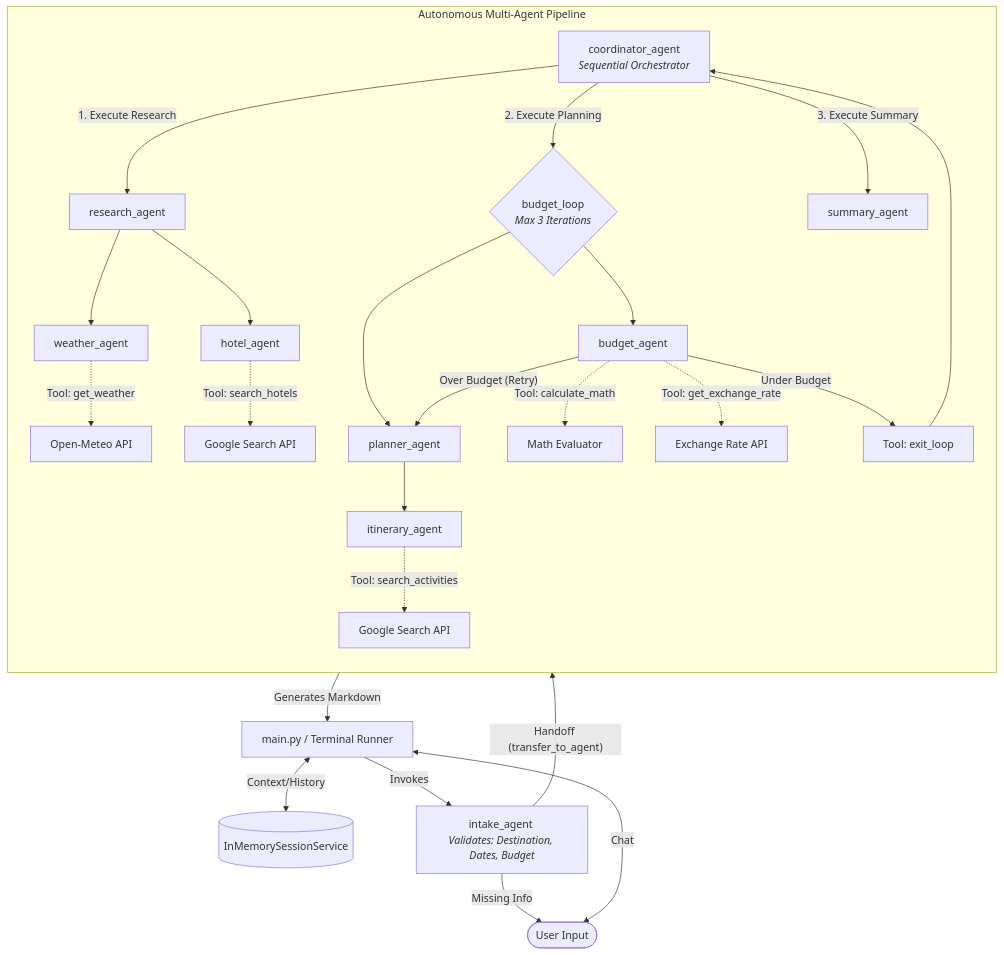
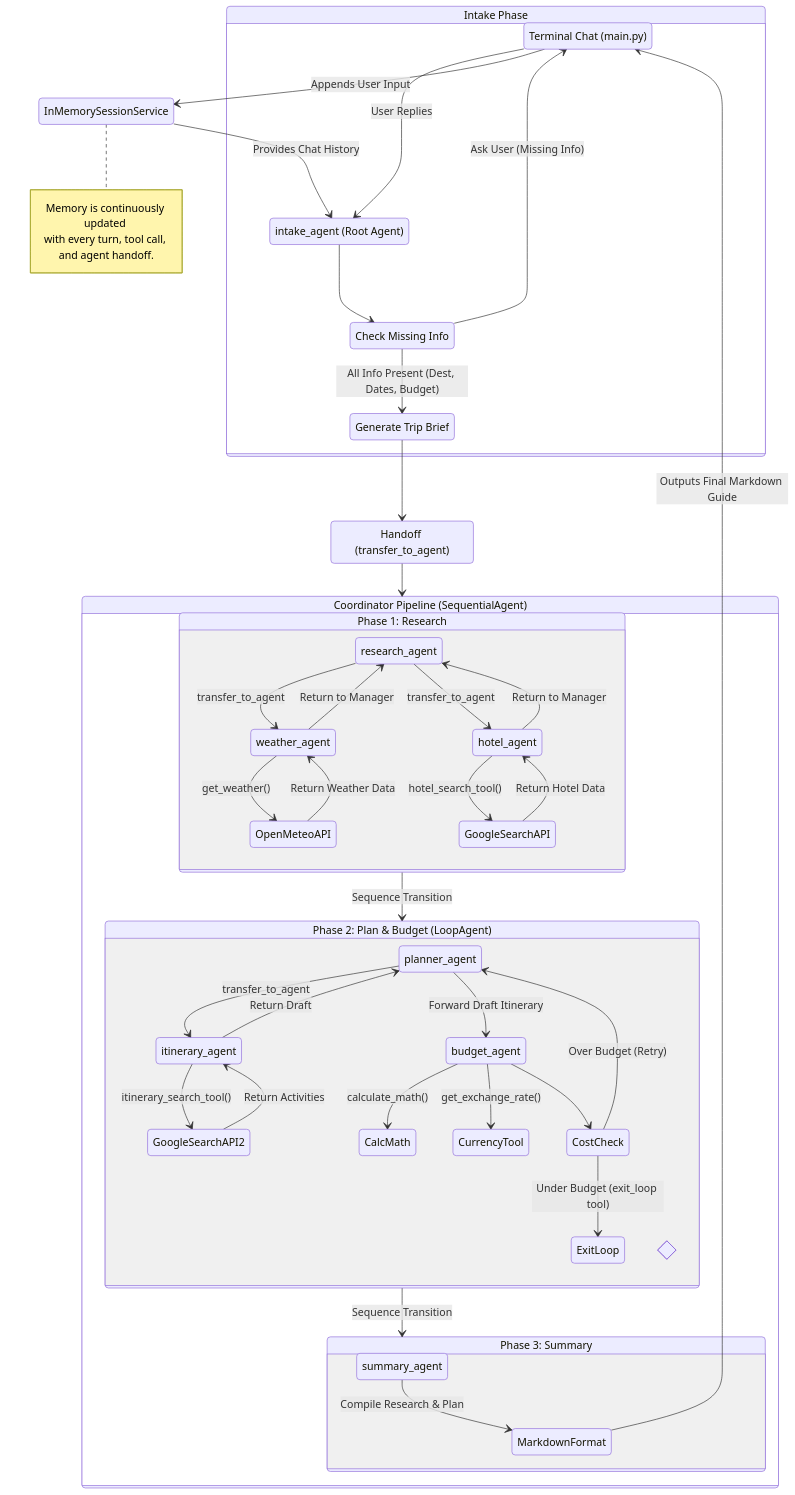
Before and after one commit to Janaghan/agents_adk: the diagram in docs/architecture_overview.md, drawn with Mermaid. The commit also changed other lines of this file, not shown here.

Commit message:
docs: update architecture overview with refined execution flowchart and detailed phase explanations

````diff
--- a/docs/architecture_overview.md
+++ b/docs/architecture_overview.md
@@ -11,45 +11,85 @@
 ```mermaid
-graph TD
-    %% User and Memory Layer
-    User([User Input]) <-->|Chat| Main[main.py / Terminal Runner]
-    Main <-->|Context/History| Mem[(InMemorySessionService)]
+stateDiagram-v2
+    %% UI & Context Layer
+    state "Terminal Chat (main.py)" as UI
+    state "InMemorySessionService" as Memory
     
-    %% Entry Phase
-    Main -->|Invokes| Intake[intake_agent <br/><i>Validates: Destination, Dates, Budget</i>]
-    Intake -- "Missing Info" --> User
-    Intake -- "Handoff (transfer_to_agent)" --> Coord[coordinator_agent <br/><i>Sequential Orchestrator</i>]
-
-    %% Core Multi-Agent Pipeline
-    subgraph Autonomous Multi-Agent Pipeline
-        direction TB
+    %% Intake Phase
+    state "Intake Phase" as Intake {
+        state "intake_agent (Root Agent)" as IntakeAgent
+        state "Check Missing Info" as IntakeCheck
+        state "Generate Trip Brief" as IntakeBrief
         
-        %% Step 1: Research
-        Coord -->|1. Execute Research| Research[research_agent]
-        Research --> Weather[weather_agent] & Hotel[hotel_agent]
+        IntakeAgent --> IntakeCheck
+        IntakeCheck --> UI: Ask User (Missing Info)
+        UI --> IntakeAgent: User Replies
+        IntakeCheck --> IntakeBrief: All Info Present (Dest, Dates, Budget)
+    }
+    
+    %% Orchestration Handoff
+    state "Handoff (transfer_to_agent)" as Handoff
+    IntakeBrief --> Handoff
+    
+    %% Main Orchestration Pipeline
+    state "Coordinator Pipeline (SequentialAgent)" as Coordinator {
         
-        %% Tool Connections for Research
-        Weather -.->|Tool: get_weather| W_API[Open-Meteo API]
-        Hotel -.->|Tool: search_hotels| S_API[Google Search API]
+        %% Research Phase
+        state "Phase 1: Research" as Research {
+            state "research_agent" as ResearchAgent
+            state "weather_agent" as WeatherAgent
+            state "hotel_agent" as HotelAgent
+            
+            ResearchAgent --> WeatherAgent: transfer_to_agent
+            WeatherAgent --> OpenMeteoAPI: get_weather()
+            OpenMeteoAPI --> WeatherAgent: Return Weather Data
+            WeatherAgent --> ResearchAgent: Return to Manager
+            
+            ResearchAgent --> HotelAgent: transfer_to_agent
+            HotelAgent --> GoogleSearchAPI: hotel_search_tool()
+            GoogleSearchAPI --> HotelAgent: Return Hotel Data
+            HotelAgent --> ResearchAgent: Return to Manager
+        }
         
-        %% Step 2: Planning and Budgeting Loop
-        Coord -->|2. Execute Planning| BudgetLoop{budget_loop <br/><i>Max 3 Iterations</i>}
+        %% Plan & Budget Loop Phase
+        state "Phase 2: Plan & Budget (LoopAgent)" as BudgetLoop {
+            state "planner_agent" as PlannerAgent
+            state "itinerary_agent" as ItineraryAgent
+            state "budget_agent" as BudgetAgent
+            
+            PlannerAgent --> ItineraryAgent: transfer_to_agent
+            ItineraryAgent --> GoogleSearchAPI2: itinerary_search_tool()
+            GoogleSearchAPI2 --> ItineraryAgent: Return Activities
+            ItineraryAgent --> PlannerAgent: Return Draft
+            
+            PlannerAgent --> BudgetAgent: Forward Draft Itinerary
+            BudgetAgent --> CalcMath: calculate_math()
+            BudgetAgent --> CurrencyTool: get_exchange_rate()
+            
+            state "Cost Check" as CostCheck <<choice>>
+            BudgetAgent --> CostCheck
+            CostCheck --> PlannerAgent: Over Budget (Retry)
+            CostCheck --> ExitLoop: Under Budget (exit_loop tool)
+        }
         
-        BudgetLoop --> Planner[planner_agent]
-        Planner --> Itinerary[itinerary_agent]
-        Itinerary -.->|Tool: search_activities| S_API2[Google Search API]
+        %% Summary Phase
+        state "Phase 3: Summary" as Summary {
+            state "summary_agent" as SummaryAgent
+            SummaryAgent --> MarkdownFormat: Compile Research & Plan
+        }
         
-        BudgetLoop --> Budget[budget_agent]
-        Budget -.->|Tool: calculate_math| Math[Math Evaluator]
-        Budget -.->|Tool: get_exchange_rate| Curr[Exchange Rate API]
-        
-        %% Loop Logic
-        Budget -- "Over Budget (Retry)" --> Planner
-        Budget -- "Under Budget" --> Exit[Tool: exit_loop]
-        Exit --> Coord
-        
-        %% Step 3: Summarization
-        Coord -->|3. Execute Summary| Summary[summary_agent]
-    end
+        Research --> BudgetLoop: Sequence Transition
+        BudgetLoop --> Summary: Sequence Transition
+    }
     
-    Summary -- "Generates Markdown" --> Main
+    %% Global Connections
+    UI --> Memory: Appends User Input
+    Memory --> IntakeAgent: Provides Chat History
+    Handoff --> Coordinator
+    MarkdownFormat --> UI: Outputs Final Markdown Guide
+    
+    note right of Memory
+        Memory is continuously updated 
+        with every turn, tool call, 
+        and agent handoff.
+    end note
 ```
````
